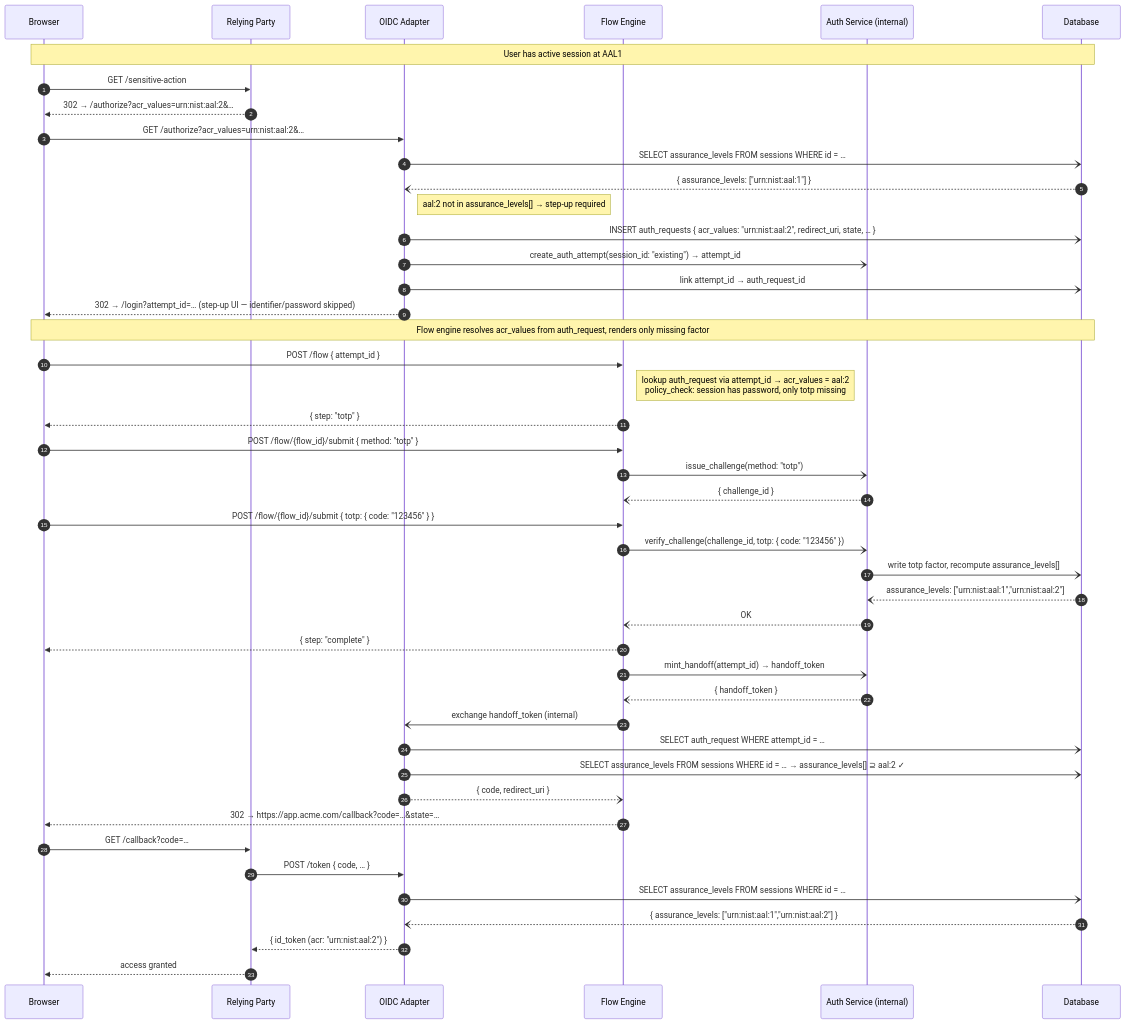
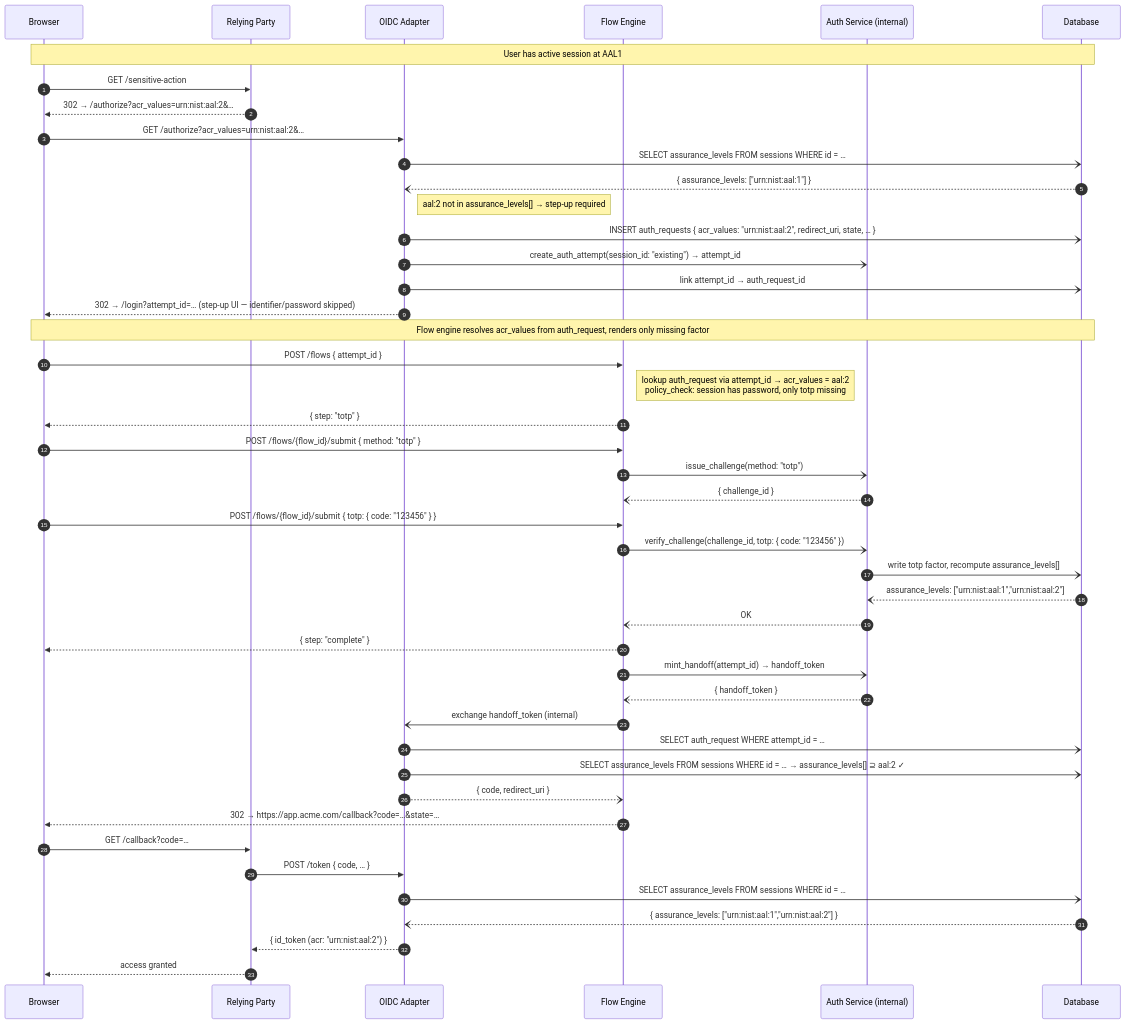
The fourth of 4 diagrams in docs/design/api/authn-and-auth-flows.md (zitadel/nextgen), drawn with Mermaid before and after one commit. The commit also changed other lines of this file and 24 other files, not shown here.

First line of the commit message:
docs: name the flow operations' path /flows in the ADRs and design notes

````diff
--- a/docs/design/api/authn-and-auth-flows.md
+++ b/docs/design/api/authn-and-auth-flows.md
@@ -357,56 +357,56 @@
 ```mermaid
 sequenceDiagram
     autonumber
     participant Browser
     participant RP as Relying Party
     participant OIDCAdapter as OIDC Adapter
     participant FlowEngine as Flow Engine
     participant AuthService as Auth Service (internal)
     participant DB as Database
 
     Note over Browser,DB: User has active session at AAL1
 
     Browser->>RP: GET /sensitive-action
     RP-->>Browser: 302 → /authorize?acr_values=urn:nist:aal:2&…
 
     Browser->>OIDCAdapter: GET /authorize?acr_values=urn:nist:aal:2&…
     OIDCAdapter-)DB: SELECT assurance_levels FROM sessions WHERE id = …
     DB--)OIDCAdapter: { assurance_levels: ["urn:nist:aal:1"] }
     Note right of OIDCAdapter: aal:2 not in assurance_levels[] → step-up required
 
     OIDCAdapter-)DB: INSERT auth_requests { acr_values: "urn:nist:aal:2", redirect_uri, state, … }
     OIDCAdapter-)AuthService: create_auth_attempt(session_id: "existing") → attempt_id
     OIDCAdapter-)DB: link attempt_id → auth_request_id
     OIDCAdapter-->>Browser: 302 → /login?attempt_id=… (step-up UI — identifier/password skipped)
 
     Note over Browser,DB: Flow engine resolves acr_values from auth_request, renders only missing factor
 
-    Browser->>FlowEngine: POST /flow { attempt_id }
+    Browser->>FlowEngine: POST /flows { attempt_id }
     Note right of FlowEngine: lookup auth_request via attempt_id → acr_values = aal:2<br/>policy_check: session has password, only totp missing
     FlowEngine-->>Browser: { step: "totp" }
 
-    Browser->>FlowEngine: POST /flow/{flow_id}/submit { method: "totp" }
+    Browser->>FlowEngine: POST /flows/{flow_id}/submit { method: "totp" }
     FlowEngine-)AuthService: issue_challenge(method: "totp")
     AuthService--)FlowEngine: { challenge_id }
-    Browser->>FlowEngine: POST /flow/{flow_id}/submit { totp: { code: "123456" } }
+    Browser->>FlowEngine: POST /flows/{flow_id}/submit { totp: { code: "123456" } }
     FlowEngine-)AuthService: verify_challenge(challenge_id, totp: { code: "123456" })
     AuthService-)DB: write totp factor, recompute assurance_levels[]
     DB--)AuthService: assurance_levels: ["urn:nist:aal:1","urn:nist:aal:2"]
     AuthService--)FlowEngine: OK
     FlowEngine-->>Browser: { step: "complete" }
 
     FlowEngine-)AuthService: mint_handoff(attempt_id) → handoff_token
     AuthService--)FlowEngine: { handoff_token }
     FlowEngine-)OIDCAdapter: exchange handoff_token (internal)
     OIDCAdapter-)DB: SELECT auth_request WHERE attempt_id = …
     OIDCAdapter-)DB: SELECT assurance_levels FROM sessions WHERE id = … → assurance_levels[] ⊇ aal:2 ✓
     OIDCAdapter--)FlowEngine: { code, redirect_uri }
     FlowEngine-->>Browser: 302 → https://app.acme.com/callback?code=…&state=…
 
     Browser->>RP: GET /callback?code=…
     RP->>OIDCAdapter: POST /token { code, … }
     OIDCAdapter-)DB: SELECT assurance_levels FROM sessions WHERE id = …
     DB--)OIDCAdapter: { assurance_levels: ["urn:nist:aal:1","urn:nist:aal:2"] }
     OIDCAdapter-->>RP: { id_token (acr: "urn:nist:aal:2") }
     RP-->>Browser: access granted
 ```
````
